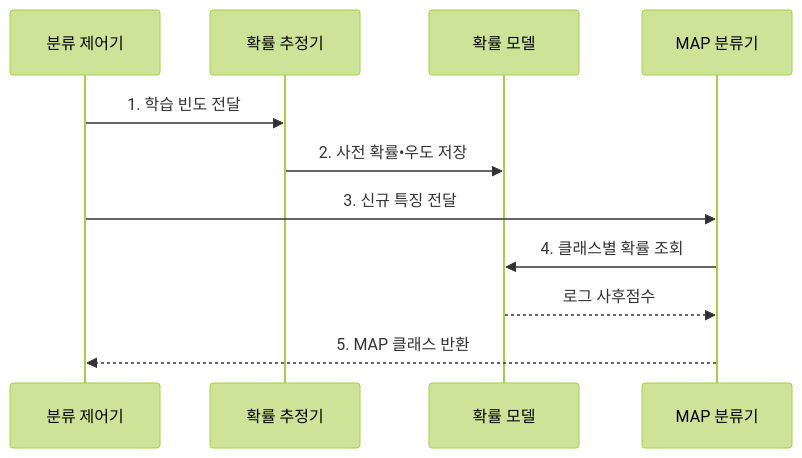
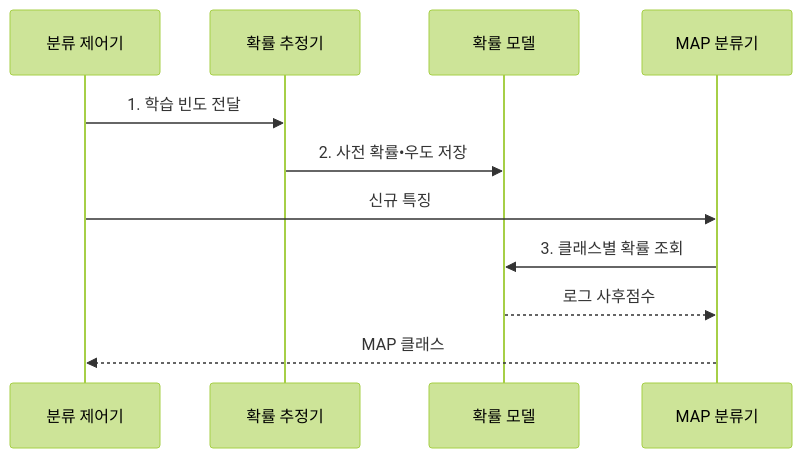
One commit to agnusdei1207/knowledge-base changed the second of 2 diagrams in src/content/docs/notes/01-basic-theory/051_naive_bayes.md. Above: the diagram before and after it, drawn with Mermaid (forest theme). The commit also changed other lines of this file and 20 other files, not shown here.

````diff
--- a/src/content/docs/notes/01-basic-theory/051_naive_bayes.md
+++ b/src/content/docs/notes/01-basic-theory/051_naive_bayes.md
@@ -80,13 +81,13 @@
 ```mermaid
 sequenceDiagram
     participant T as 분류 제어기
     participant E as 확률 추정기
     participant M as 확률 모델
     participant C as MAP 분류기
     T->>E: 1. 학습 빈도 전달
     E->>M: 2. 사전 확률•우도 저장
-    T->>C: 3. 신규 특징 전달
-    C->>M: 4. 클래스별 확률 조회
+    T->>C: 신규 특징
+    C->>M: 3. 클래스별 확률 조회
     M-->>C: 로그 사후점수
-    C-->>T: 5. MAP 클래스 반환
+    C-->>T: MAP 클래스
 ```
````
